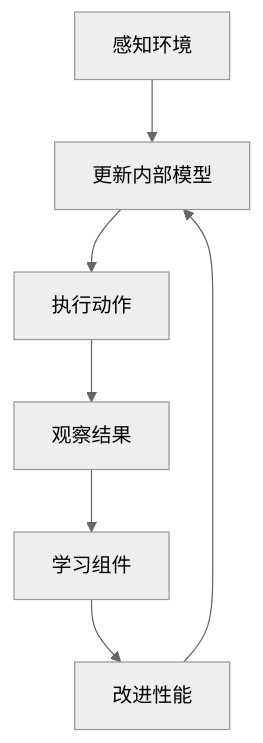
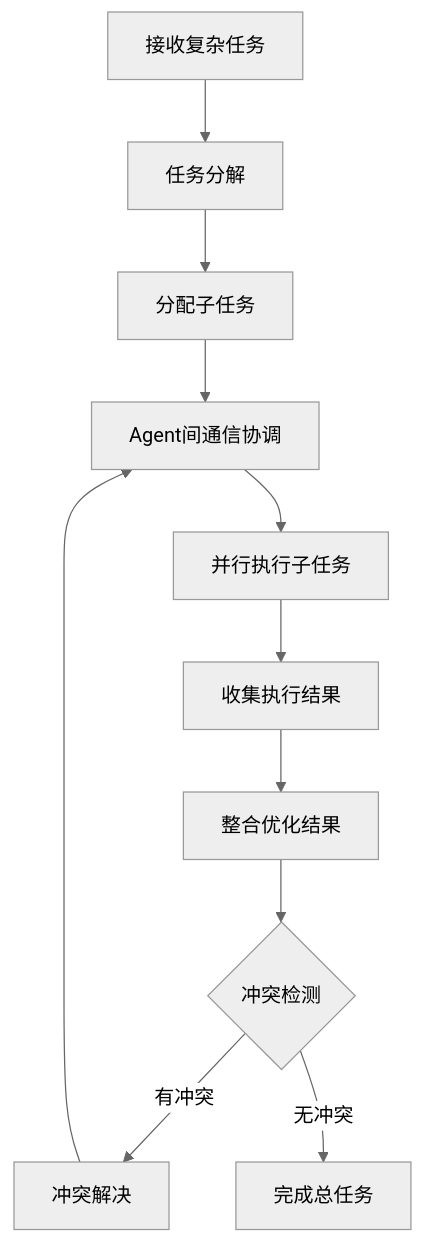
Before and after one commit to wychmod/wychmod.github.io: the fifth of 5 diagrams in docs/md/agent/agent五种设计模式.md, drawn with Mermaid (neutral theme). The commit also changed other lines of this file, not shown here.

````diff
--- a/docs/md/agent/agent五种设计模式.md
+++ b/docs/md/agent/agent五种设计模式.md
@@ -127,9 +144,13 @@
 ```mermaid
 flowchart TD
-    A[感知环境] --> B[更新内部模型]
-    B --> C[执行动作]
-    C --> D[观察结果]
-    D --> E[学习组件]
-    E --> F[改进性能]
-    F --> B
+    A[接收复杂任务] --> B[任务分解]
+    B --> C[分配子任务]
+    C --> D[Agent间通信协调]
+    D --> E[并行执行子任务]
+    E --> F[收集执行结果]
+    F --> G[整合优化结果]
+    G --> H{冲突检测}
+    H -->|有冲突| I[冲突解决]
+    H -->|无冲突| J[完成总任务]
+    I --> D
 ```
````
